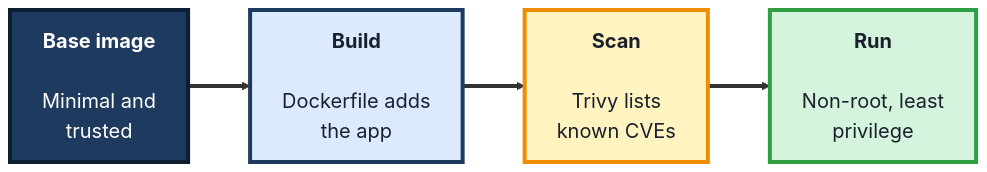
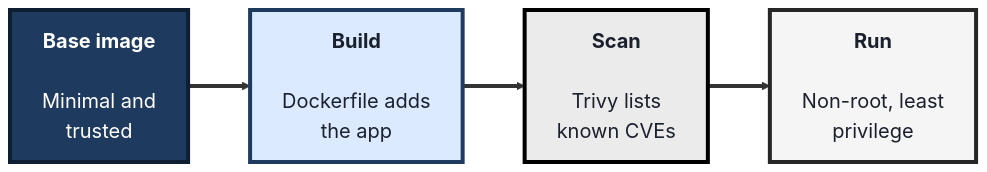
The second of 3 diagrams in src/Pages/courses/TechGuard/module-9-devops-security.md (SHEMODELTECH/shemodeltech), drawn with Mermaid before and after one commit. The commit also changed other lines of this file and 46 other files, not shown here.

````diff
--- a/src/Pages/courses/TechGuard/module-9-devops-security.md
+++ b/src/Pages/courses/TechGuard/module-9-devops-security.md
@@ -97,16 +97,16 @@
 ```mermaid
 %%{init: {'theme':'base', 'themeVariables': {'fontSize':'20px', 'primaryTextColor':'#1a202c', 'primaryBorderColor':'#1e3a5f', 'lineColor':'#333333'}, 'flowchart': {'nodeSpacing': 50, 'rankSpacing': 62, 'padding': 16}}}%%
 flowchart LR
     BASE["<b>Base image</b><br/><br/>Minimal and<br/>trusted"]
     BUILD["<b>Build</b><br/><br/>Dockerfile adds<br/>the app"]
     SCAN["<b>Scan</b><br/><br/>Trivy lists<br/>known CVEs"]
     RUN["<b>Run</b><br/><br/>Non-root, least<br/>privilege"]
 
     BASE ==> BUILD ==> SCAN ==> RUN
 
     style BASE fill:#1e3a5f,color:#fff,stroke:#0f1f33,stroke-width:4px
     style BUILD fill:#dbeafe,color:#1a202c,stroke:#1e3a5f,stroke-width:4px
-    style SCAN fill:#fff3bf,color:#1a202c,stroke:#f08c00,stroke-width:4px
-    style RUN fill:#d4f4dd,color:#1a202c,stroke:#2f9e44,stroke-width:4px
+    style SCAN fill:#EBEBEB,color:#1a202c,stroke:#000000,stroke-width:4px
+    style RUN fill:#F5F5F5,color:#1a202c,stroke:#262626,stroke-width:4px
     linkStyle default stroke-width:4px,stroke:#333333
 ```
````
